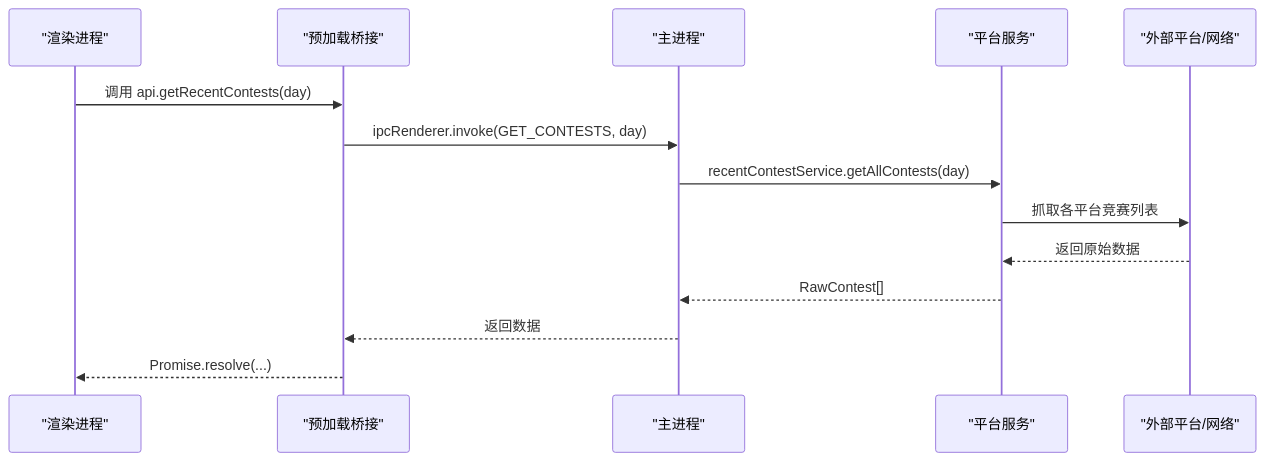
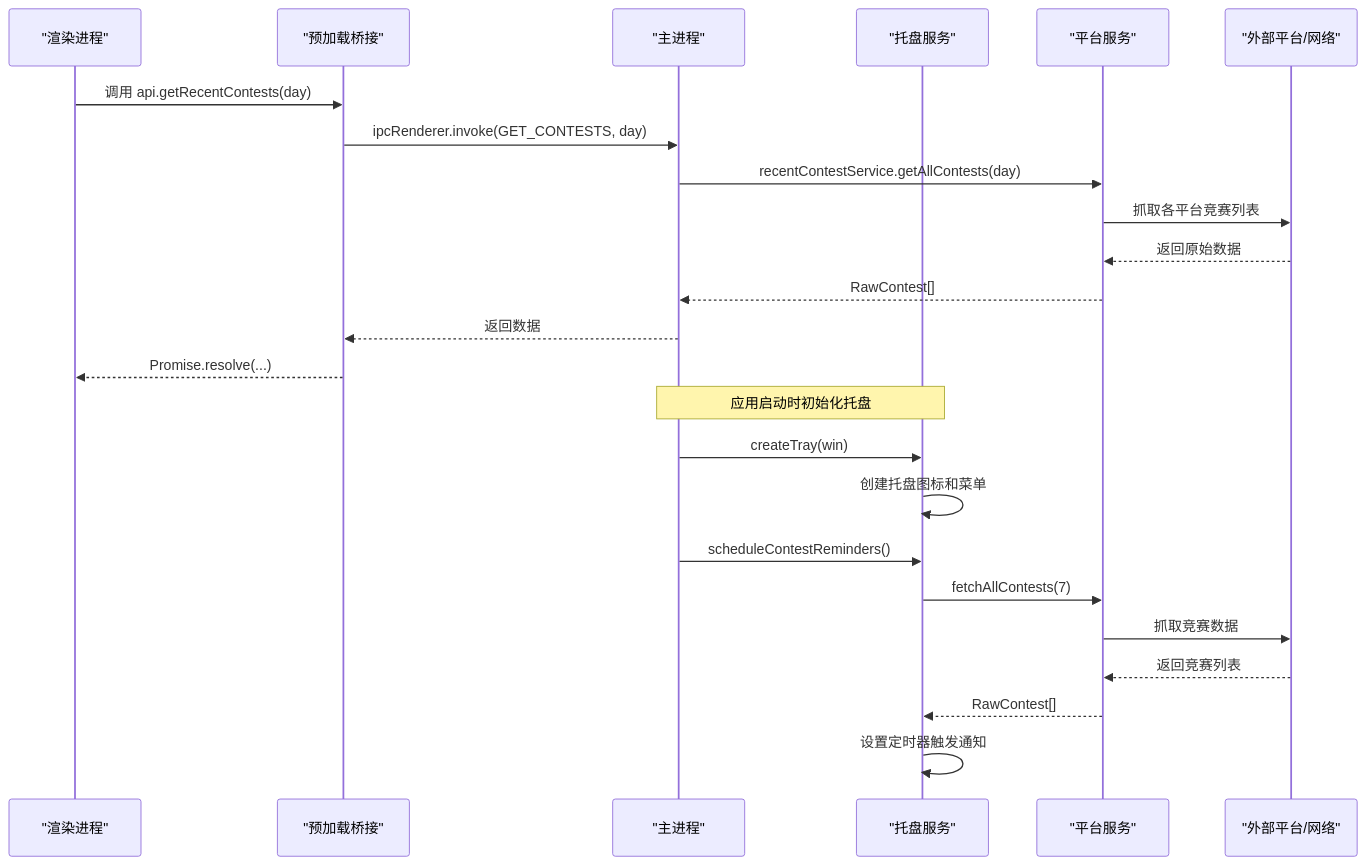
The second of 10 diagrams in .qoder/repowiki/zh/content/系统集成/系统集成.md (Siborne/OJFlow), drawn with Mermaid before and after one commit. The commit also changed other lines of this file and 23 other files, not shown here.

````diff
--- a/.qoder/repowiki/zh/content/系统集成/系统集成.md
+++ b/.qoder/repowiki/zh/content/系统集成/系统集成.md
@@ -141,16 +157,26 @@
 ```mermaid
 sequenceDiagram
 participant Renderer as "渲染进程"
 participant Bridge as "预加载桥接"
 participant Main as "主进程"
+participant Tray as "托盘服务"
 participant Service as "平台服务"
 participant Ext as "外部平台/网络"
 Renderer->>Bridge : 调用 api.getRecentContests(day)
 Bridge->>Main : ipcRenderer.invoke(GET_CONTESTS, day)
 Main->>Service : recentContestService.getAllContests(day)
 Service->>Ext : 抓取各平台竞赛列表
 Ext-->>Service : 返回原始数据
 Service-->>Main : RawContest[]
 Main-->>Bridge : 返回数据
 Bridge-->>Renderer : Promise.resolve(...)
+Note over Main,Tray : 应用启动时初始化托盘
+Main->>Tray : createTray(win)
+Tray->>Tray : 创建托盘图标和菜单
+Main->>Tray : scheduleContestReminders()
+Tray->>Service : fetchAllContests(7)
+Service->>Ext : 抓取竞赛数据
+Ext-->>Service : 返回竞赛列表
+Service-->>Tray : RawContest[]
+Tray->>Tray : 设置定时器触发通知
 ```
````
